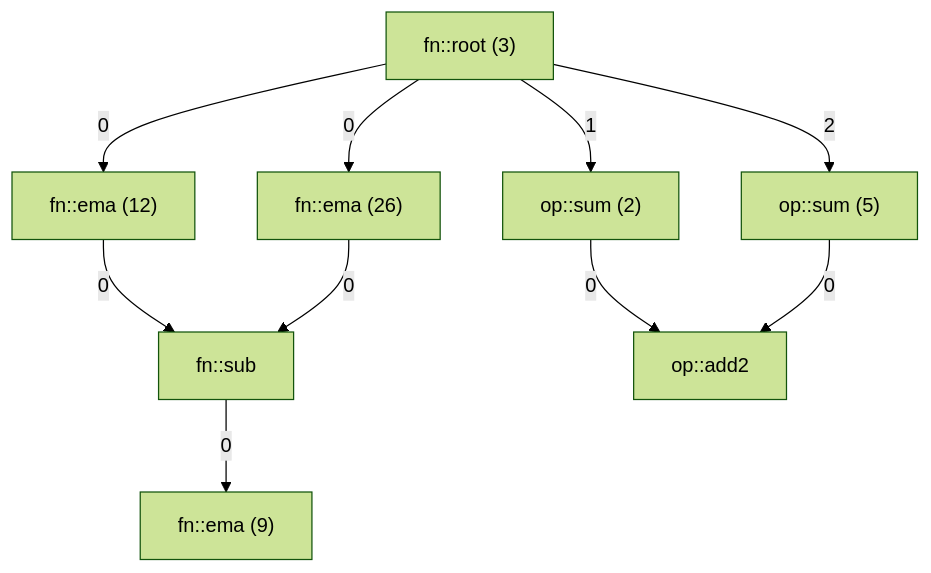
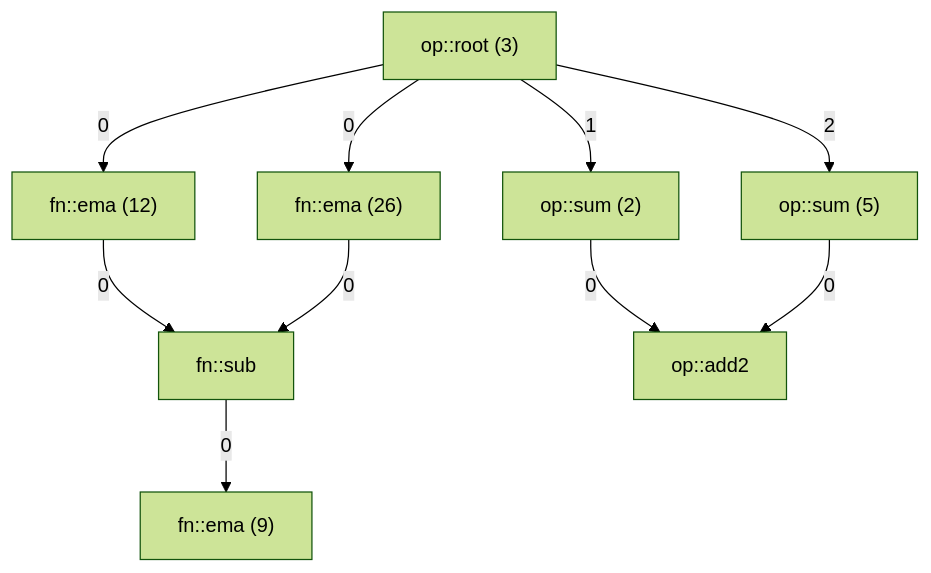
Before and after one commit to junduck/opflow: the diagram in docs/pipeline.md, drawn with Mermaid (forest theme). The commit also changed other lines of this file, not shown here.

````diff
--- a/docs/pipeline.md
+++ b/docs/pipeline.md
@@ -17,21 +15,21 @@
 ```mermaid
 graph TD
-    Root["fn::root (3)"]
+    Root["op::root (3)"]
     MA_Fast["fn::ema (12)"]
     MA_Slow["fn::ema (26)"]
     Diff["fn::sub"]
     MA_Diff["fn::ema (9)"]
     Sum_Left["op::sum (2)"]
     Sum_Right["op::sum (5)"]
     Add2["op::add2"]
 
     Root -- 0 --> MA_Fast
     Root -- 0 --> MA_Slow
     MA_Fast -- 0 --> Diff
     MA_Slow -- 0 --> Diff
     Diff -- 0 --> MA_Diff
     Root -- 1 --> Sum_Left
     Root -- 2 --> Sum_Right
     Sum_Left -- 0 --> Add2
     Sum_Right -- 0 --> Add2
 ```
````
